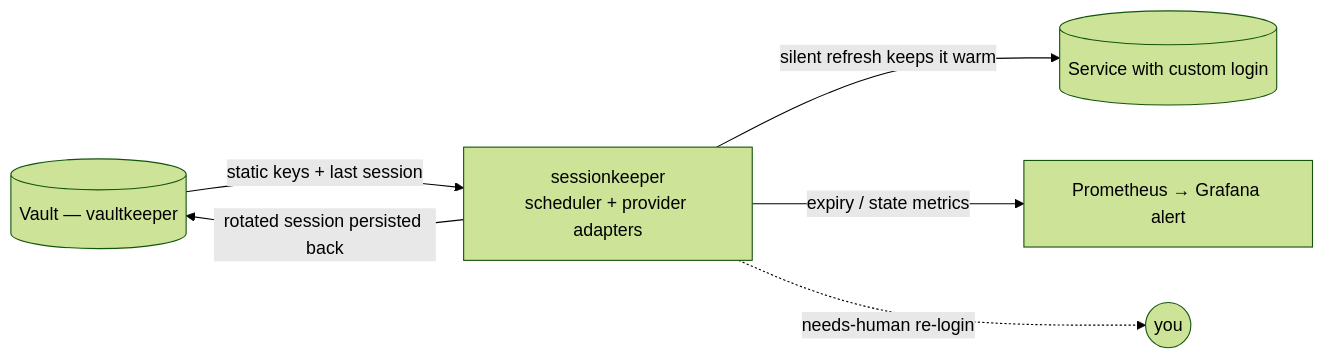
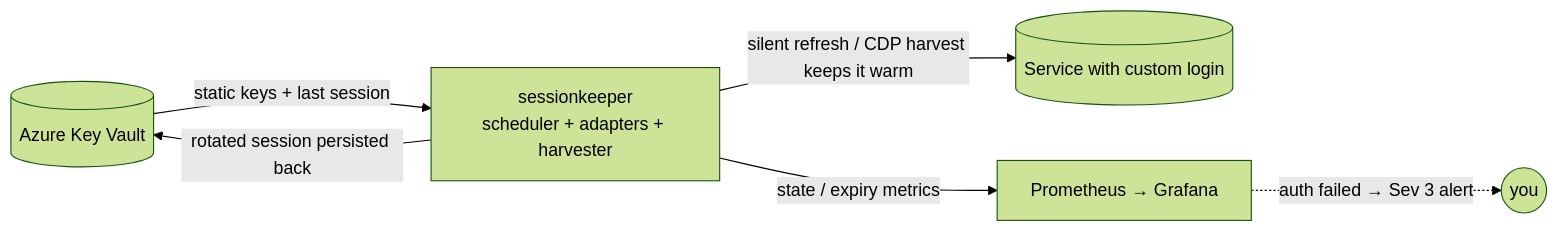
Before and after one commit to dragoshont/sessionkeeper: the diagram in README.md, drawn with Mermaid (forest theme). The commit also changed other lines of this file and 19 other files, not shown here.

First line of the commit message:
v0.2: harvester core (CDP cookie harvest) + recipe DAG + Azure KV + escalation

````diff
--- a/README.md
+++ b/README.md
@@ -54,8 +62,8 @@
 ```mermaid
 flowchart LR
-    Vault[(Vault — vaultkeeper)] -->|static keys + last session| SK[sessionkeeper<br/>scheduler + provider adapters]
-    SK -->|silent refresh keeps it warm| Svc[(Service with custom login)]
+    Vault[(Azure Key Vault)] -->|static keys + last session| SK[sessionkeeper<br/>scheduler + adapters + harvester]
+    SK -->|silent refresh / CDP harvest keeps it warm| Svc[(Service with custom login)]
     SK -->|rotated session persisted back| Vault
-    SK -->|expiry / state metrics| Graf[Prometheus → Grafana alert]
-    SK -.->|needs-human re-login| You((you))
+    SK -->|state / expiry metrics| Graf[Prometheus → Grafana]
+    Graf -.->|auth failed → Sev 3 alert| You((you))
 ```
````
